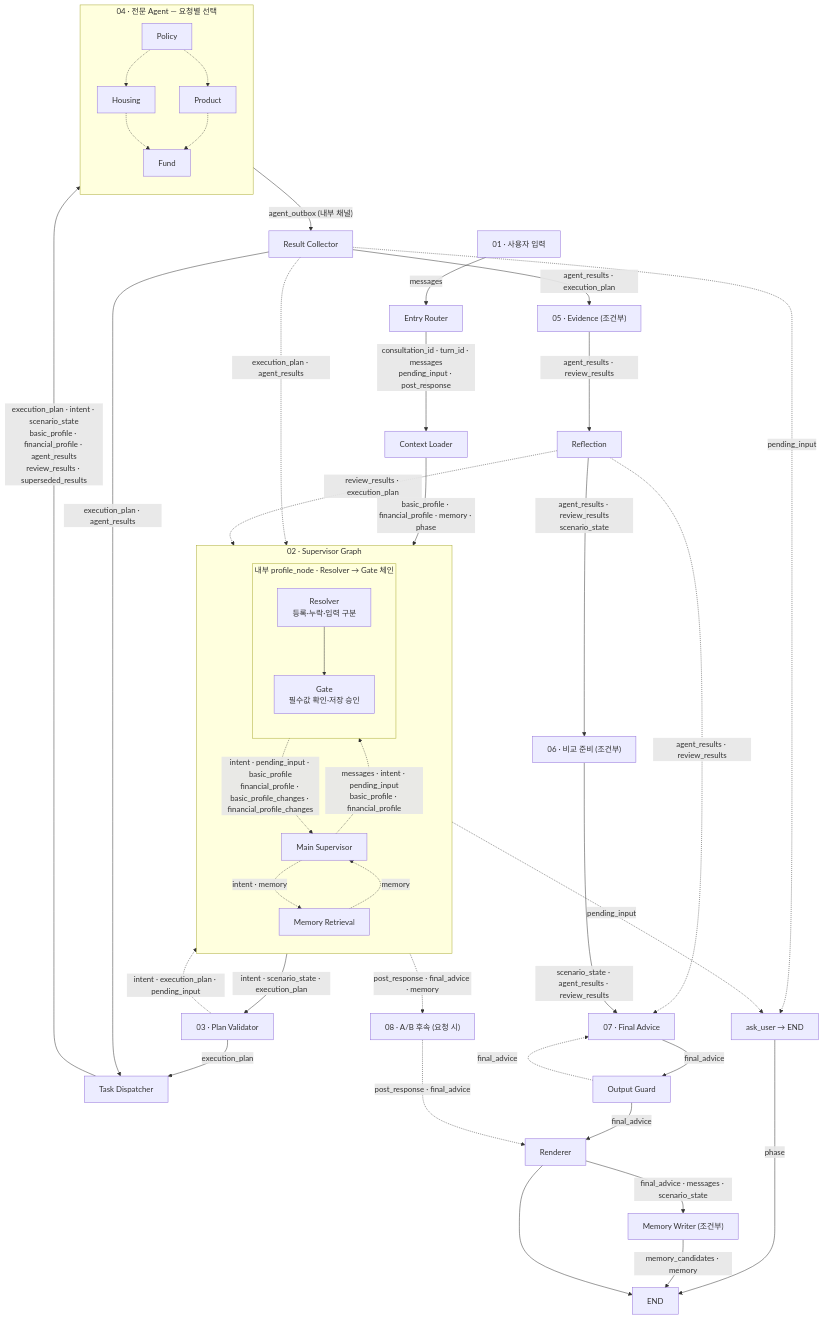
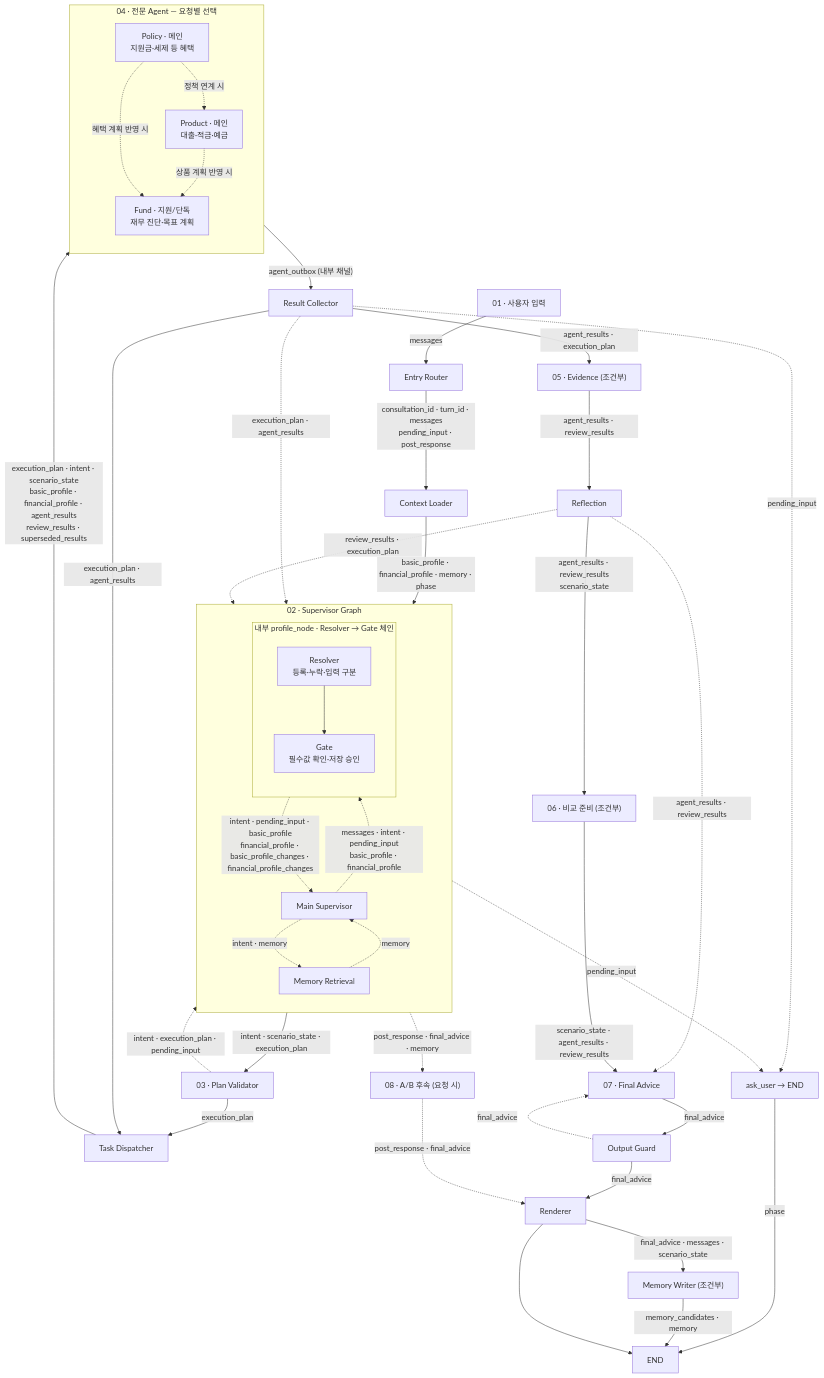
One commit to encore-ai-campus/mle-01-final-team1 changed the diagram in docs/State_설계안.md. Above: the diagram before and after it, drawn with Mermaid. The commit also changed other lines of this file and 3 other files, not shown here.

````diff
--- a/docs/State_설계안.md
+++ b/docs/State_설계안.md
@@ -518,75 +569,73 @@
 ```mermaid
 flowchart TB
     N01["01 · 사용자 입력"]
     ENTRY["Entry Router"]
     LOADER["Context Loader"]
 
     subgraph SG["02 · Supervisor Graph"]
         direction TB
         N02["Main Supervisor"]
         subgraph PWF["내부 profile_node · Resolver → Gate 체인"]
             direction TB
             RESOLVER["Resolver<br/>등록·누락·입력 구분"]
             PGATE["Gate<br/>필수값 확인·저장 승인"]
             RESOLVER --> PGATE
         end
         MEM["Memory Retrieval"]
         N02 -.->|"messages · intent · pending_input<br/>basic_profile · financial_profile"| RESOLVER
         PGATE -.->|"intent · pending_input · basic_profile<br/>financial_profile · basic_profile_changes · financial_profile_changes"| N02
         N02 -.->|"intent · memory"| MEM
         MEM -.->|"memory"| N02
     end
 
     V["03 · Plan Validator"]
     D["Task Dispatcher"]
     subgraph EXEC["04 · 전문 Agent — 요청별 선택"]
         direction TB
-        POLICY["Policy"]
-        HOUSING["Housing"]
-        PRODUCT["Product"]
-        FUND["Fund"]
-        POLICY -.-> HOUSING
-        POLICY -.-> PRODUCT
-        HOUSING -.-> FUND
-        PRODUCT -.-> FUND
+        POLICY["Policy · 메인<br/>지원금·세제 등 혜택"]
+        PRODUCT["Product · 메인<br/>대출·적금·예금"]
+        FUND["Fund · 지원/단독<br/>재무 진단·목표 계획"]
+        POLICY -.->|"정책 연계 시"| PRODUCT
+        POLICY -.->|"혜택 계획 반영 시"| FUND
+        PRODUCT -.->|"상품 계획 반영 시"| FUND
     end
     COLLECTOR["Result Collector"]
     ASK["ask_user → END"]
     EVIDENCE["05 · Evidence (조건부)"]
     REFLECTION["Reflection"]
     COMPARE["06 · 비교 준비 (조건부)"]
     FINAL["07 · Final Advice"]
     GUARD["Output Guard"]
     RENDER["Renderer"]
     WRITER["Memory Writer (조건부)"]
     N08["08 · A/B 후속 (요청 시)"]
     ENDNODE["END"]
 
     N01 -->|"messages"| ENTRY
     ENTRY -->|"consultation_id · turn_id · messages<br/>pending_input · post_response"| LOADER
     LOADER -->|"basic_profile · financial_profile · memory · phase"| N02
     N02 -->|"intent · scenario_state · execution_plan"| V
     V -.->|"intent · execution_plan · pending_input"| N02
     V -->|"execution_plan"| D
     D -->|"execution_plan · intent · scenario_state<br/>basic_profile · financial_profile · agent_results<br/>review_results · superseded_results"| EXEC
     EXEC -->|"agent_outbox (내부 채널)"| COLLECTOR
     COLLECTOR -->|"execution_plan · agent_results"| D
     COLLECTOR -.->|"execution_plan · agent_results"| N02
     N02 -.->|"pending_input"| ASK
     COLLECTOR -.->|"pending_input"| ASK
     ASK -->|"phase"| ENDNODE
     COLLECTOR -->|"agent_results · execution_plan"| EVIDENCE
     EVIDENCE -->|"agent_results · review_results"| REFLECTION
     REFLECTION -.->|"review_results · execution_plan"| N02
     REFLECTION -->|"agent_results · review_results<br/>scenario_state"| COMPARE
     REFLECTION -.->|"agent_results · review_results"| FINAL
     COMPARE -->|"scenario_state · agent_results · review_results"| FINAL
     FINAL -->|"final_advice"| GUARD
     GUARD -.->|"final_advice"| FINAL
     GUARD -->|"final_advice"| RENDER
     RENDER -->|"final_advice · messages · scenario_state"| WRITER
     WRITER -->|"memory_candidates · memory"| ENDNODE
     RENDER --> ENDNODE
     N02 -.->|"post_response · final_advice · memory"| N08
     N08 -.->|"post_response · final_advice"| RENDER
 ```
````
